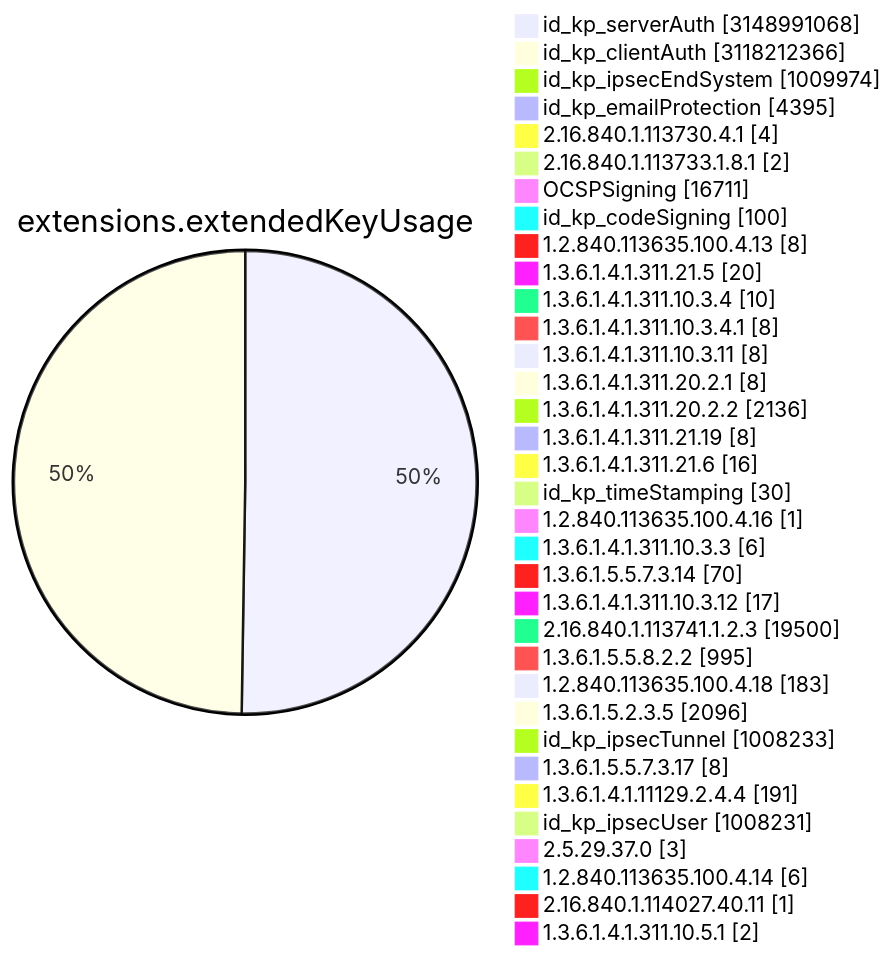
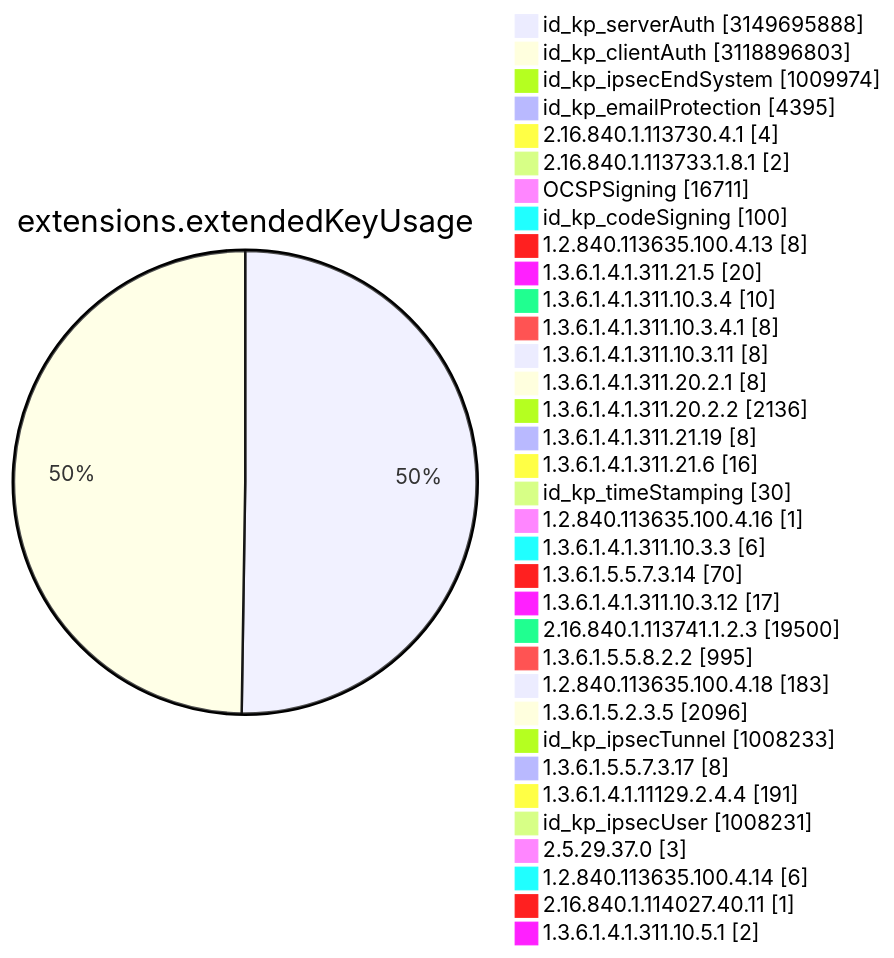
Before and after one commit to christiankrug/ctmonitor_visualization: diagram 11 of 15 in TOTAL/README.md, drawn with Mermaid. The commit also changed other lines of this file, not shown here.

````diff
--- a/TOTAL/README.md
+++ b/TOTAL/README.md
@@ -4119,38 +4119,38 @@
 ```mermaid
 pie showData
 title extensions.extendedKeyUsage
-"id_kp_serverAuth" :3148991068
-"id_kp_clientAuth" :3118212366
+"id_kp_serverAuth" :3149695888
+"id_kp_clientAuth" :3118896803
 "id_kp_ipsecEndSystem" :1009974
 "id_kp_emailProtection" :4395
 "2.16.840.1.113730.4.1" :4
 "2.16.840.1.113733.1.8.1" :2
 "OCSPSigning" :16711
 "id_kp_codeSigning" :100
 "1.2.840.113635.100.4.13" :8
 "1.3.6.1.4.1.311.21.5" :20
 "1.3.6.1.4.1.311.10.3.4" :10
 "1.3.6.1.4.1.311.10.3.4.1" :8
 "1.3.6.1.4.1.311.10.3.11" :8
 "1.3.6.1.4.1.311.20.2.1" :8
 "1.3.6.1.4.1.311.20.2.2" :2136
 "1.3.6.1.4.1.311.21.19" :8
 "1.3.6.1.4.1.311.21.6" :16
 "id_kp_timeStamping" :30
 "1.2.840.113635.100.4.16" :1
 "1.3.6.1.4.1.311.10.3.3" :6
 "1.3.6.1.5.5.7.3.14" :70
 "1.3.6.1.4.1.311.10.3.12" :17
 "2.16.840.1.113741.1.2.3" :19500
 "1.3.6.1.5.5.8.2.2" :995
 "1.2.840.113635.100.4.18" :183
 "1.3.6.1.5.2.3.5" :2096
 "id_kp_ipsecTunnel" :1008233
 "1.3.6.1.5.5.7.3.17" :8
 "1.3.6.1.4.1.11129.2.4.4" :191
 "id_kp_ipsecUser" :1008231
 "2.5.29.37.0" :3
 "1.2.840.113635.100.4.14" :6
 "2.16.840.1.114027.40.11" :1
 "1.3.6.1.4.1.311.10.5.1" :2
 ```
````
